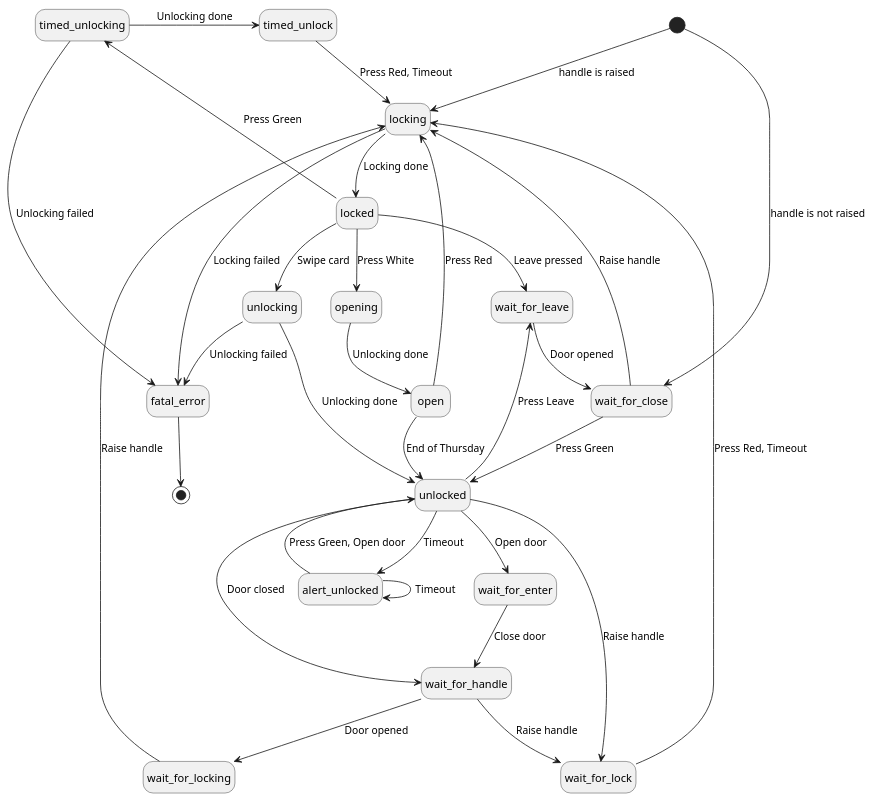
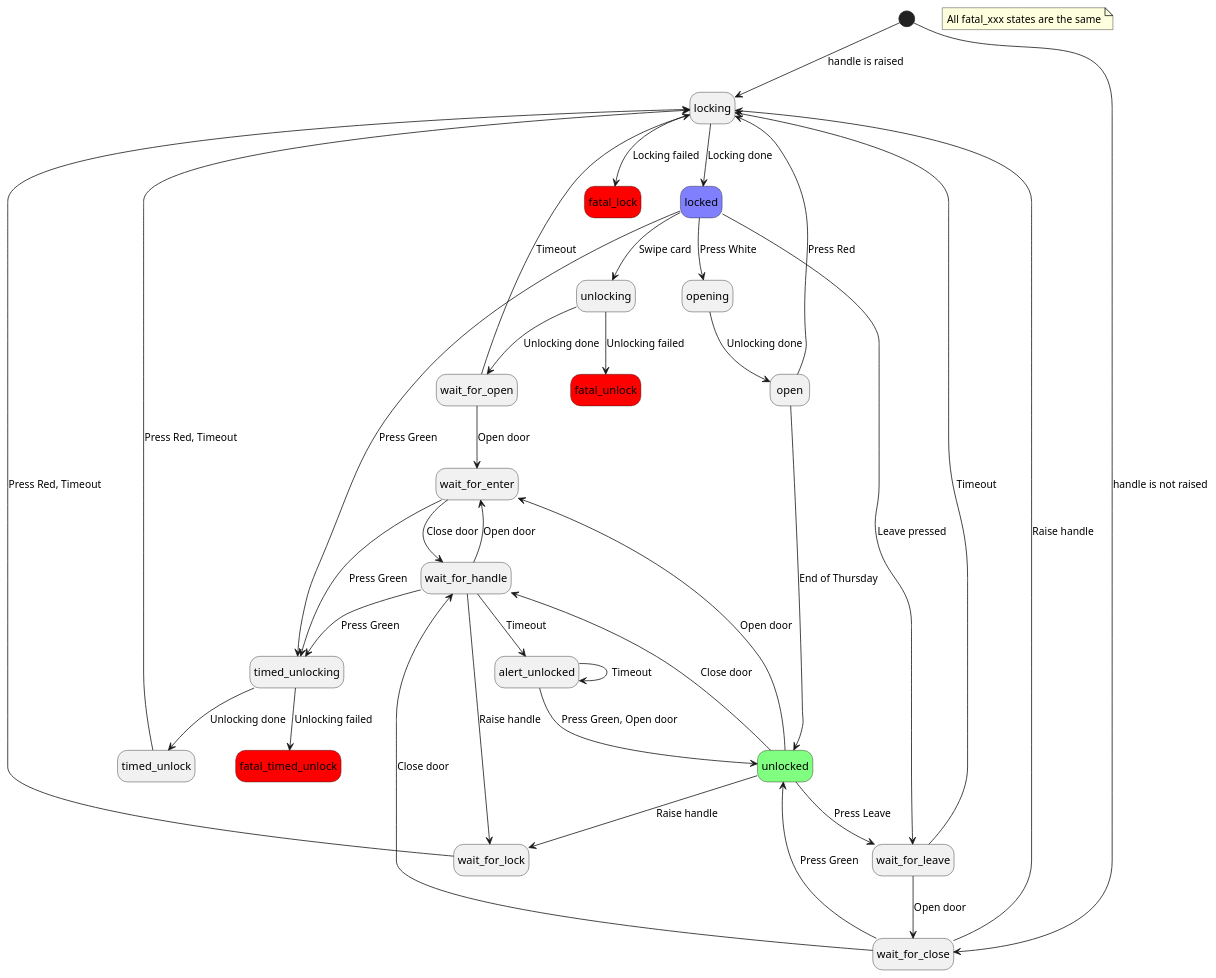
The diagram in ui/states.plantuml (bullestock/acsv2), drawn with PlantUML before and after one commit.

Commit message:
Work on transitions.

```diff
--- a/ui/states.plantuml
+++ b/ui/states.plantuml
@@ -1,38 +1,49 @@
 @startuml
 hide empty description
 
-state "fatal_error" as fatal
+state fatal_lock #ff0000
+state fatal_unlock #ff0000
+state fatal_timed_unlock #ff0000
+
+note "All fatal_xxx states are the same" as fatal_note
+
+state locked #8080ff
+state unlocked #80ff80
 
 [*] --> locking: handle is raised
 [*] --> wait_for_close: handle is not raised
 locked --> unlocking: Swipe card
 locked --> opening: Press White
 opening --> open: Unlocking done
 open --> locking: Press Red
 open --> unlocked: End of Thursday
-unlocking --> unlocked: Unlocking done
-unlocking --> fatal: Unlocking failed
-unlocked --> alert_unlocked: Timeout
+unlocking --> wait_for_open: Unlocking done
+wait_for_open --> locking: Timeout
+wait_for_open --> wait_for_enter: Open door
+unlocking --> fatal_unlock: Unlocking failed
 unlocked --> wait_for_enter: Open door
 wait_for_enter --> wait_for_handle: Close door
+wait_for_enter --> timed_unlocking: Press Green
 alert_unlocked --> alert_unlocked: Timeout
 alert_unlocked --> unlocked: Press Green, Open door
 locked --> timed_unlocking: Press Green
-timed_unlocking -> timed_unlock: Unlocking done
-timed_unlocking --> fatal: Unlocking failed
+timed_unlocking --> timed_unlock: Unlocking done
+timed_unlocking --> fatal_timed_unlock: Unlocking failed
 timed_unlock --> locking: Press Red, Timeout
 locking --> locked: Locking done
-locking --> fatal: Locking failed
+locking --> fatal_lock: Locking failed
 unlocked --> wait_for_lock: Raise handle
 locked --> wait_for_leave: Leave pressed
 wait_for_lock --> locking: Press Red, Timeout
-unlocked --> wait_for_handle: Door closed
+unlocked --> wait_for_handle: Close door
 unlocked --> wait_for_leave: Press Leave
-wait_for_handle --> wait_for_locking: Door opened
+wait_for_handle --> wait_for_enter: Open door
+wait_for_handle --> alert_unlocked: Timeout
 wait_for_handle --> wait_for_lock: Raise handle
-wait_for_locking --> locking: Raise handle
-wait_for_leave --> wait_for_close: Door opened
+wait_for_handle --> timed_unlocking: Press Green
+wait_for_leave --> wait_for_close: Open door
+wait_for_leave --> locking: Timeout
 wait_for_close --> locking: Raise handle
 wait_for_close --> unlocked: Press Green
-fatal --> [*]
+wait_for_close --> wait_for_handle: Close door
 @enduml
```
